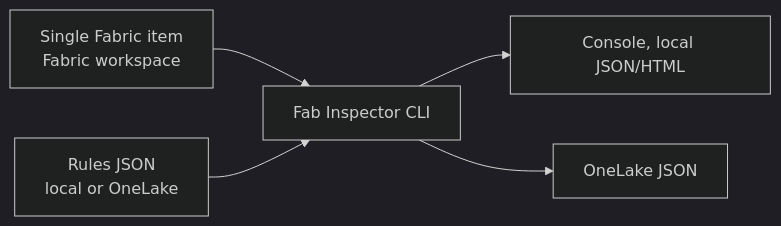
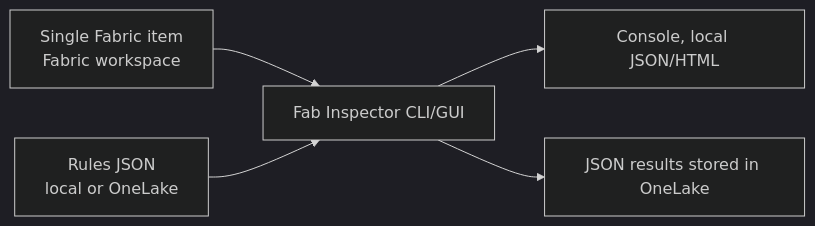
The fourth of 5 diagrams in docs/usage-scenarios.md (NatVanG/fab-inspector), drawn with Mermaid (dark theme) before and after one commit. The commit also changed other lines of this file and 6 other files, not shown here.

````diff
--- a/docs/usage-scenarios.md
+++ b/docs/usage-scenarios.md
@@ -88,7 +88,7 @@
 ```mermaid
 flowchart LR
-    A[Single Fabric item\nFabric workspace] --> C[Fab Inspector CLI]
+    A[Single Fabric item\nFabric workspace] --> C[Fab Inspector CLI/GUI]
     B[Rules JSON\nlocal or OneLake] --> C
     C --> D[Console, local JSON/HTML]
-    C --> E[OneLake JSON]
+    C --> E[JSON results stored in OneLake]
 ```
````
